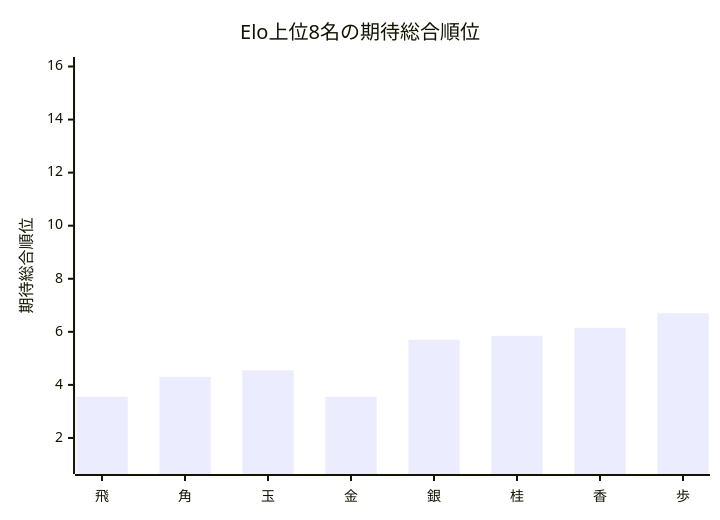
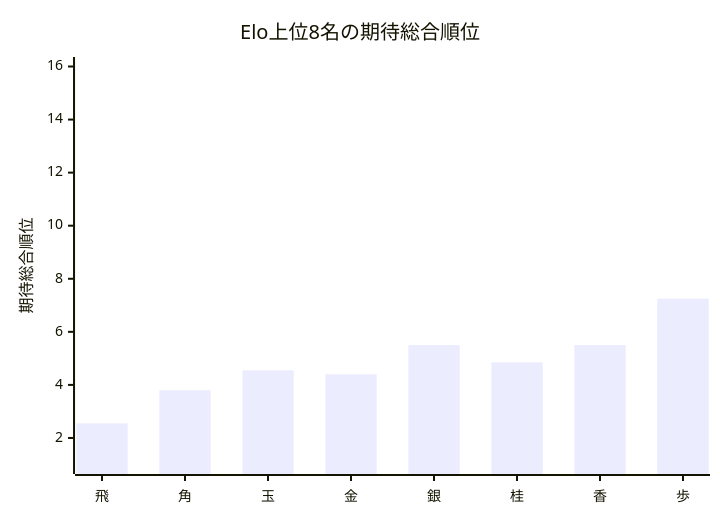
Before and after one commit to muzudho/ShogiTournamentSystemAnalyzer: the first of 2 diagrams in Output/TournamentQualityEvaluator/TournamentQualityReport/Summary/[先手8x後手8]_[Neutral_Single10_STSAInput3_smoke]_quality_summary.md, drawn with Mermaid. The commit also changed other lines of this file and 45 other files, not shown here.

````diff
--- a/Output/TournamentQualityEvaluator/TournamentQualityReport/Summary/[先手8x後手8]_[Neutral_Single10_STSAInput3_smoke]_quality_summary.md
+++ b/Output/TournamentQualityEvaluator/TournamentQualityReport/Summary/[先手8x後手8]_[Neutral_Single10_STSAInput3_smoke]_quality_summary.md
@@ -43,7 +43,7 @@
 ```mermaid
 xychart-beta
     title "Elo上位8名の期待総合順位"
     x-axis ["飛", "角", "玉", "金", "銀", "桂", "香", "歩"]
     y-axis "期待総合順位" 1 --> 16
-    bar [3.550, 4.300, 4.550, 3.550, 5.700, 5.850, 6.150, 6.700]
+    bar [2.550, 3.800, 4.550, 4.400, 5.500, 4.850, 5.500, 7.250]
 ```
````
